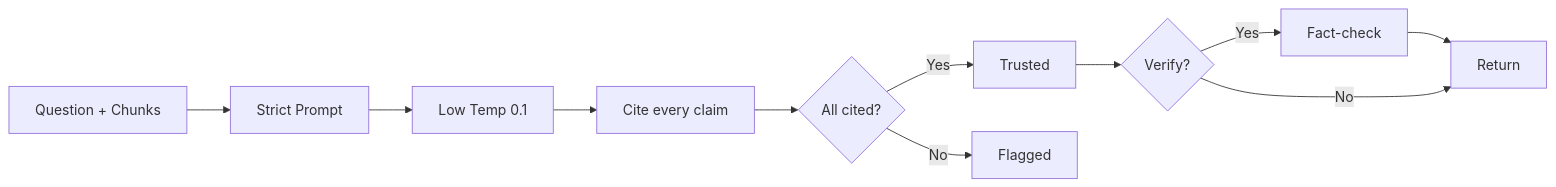
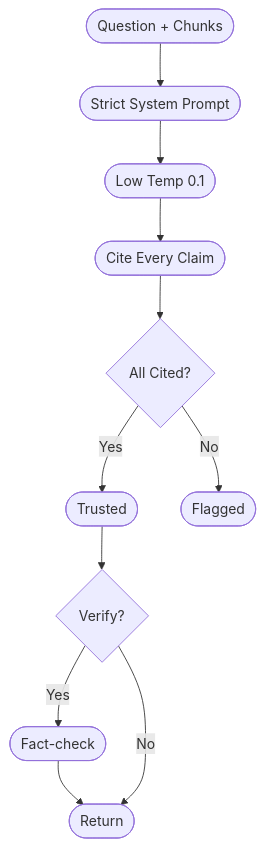
One commit to prthmmkhija1/RAGsystem changed the fourth of 4 diagrams in README.md. Above: the diagram before and after it, drawn with Mermaid. The commit also changed other lines of this file, not shown here.

Commit message:
Redesign mermaid diagrams - compact vertical layout

````diff
--- a/README.md
+++ b/README.md
@@ -173,9 +176,10 @@
 ```mermaid
-flowchart LR
-    A[Question + Chunks] --> B[Strict Prompt] --> C[Low Temp 0.1] --> D[Cite every claim]
-    D --> E{All cited?}
-    E -->|Yes| F[Trusted] --> H{Verify?}
-    E -->|No| G[Flagged]
-    H -->|Yes| I[Fact-check] --> J[Return]
-    H -->|No| J
+flowchart TD
+    A([Question + Chunks]) --> B([Strict System Prompt])
+    B --> C([Low Temp 0.1]) --> D([Cite Every Claim])
+    D --> E{All Cited?}
+    E -- Yes --> F([Trusted]) --> G{Verify?}
+    E -- No --> H([Flagged])
+    G -- Yes --> I([Fact-check]) --> J([Return])
+    G -- No --> J
 ```
````
